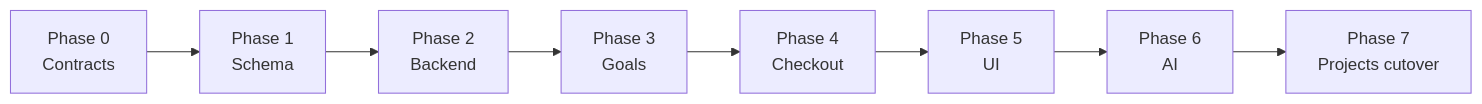
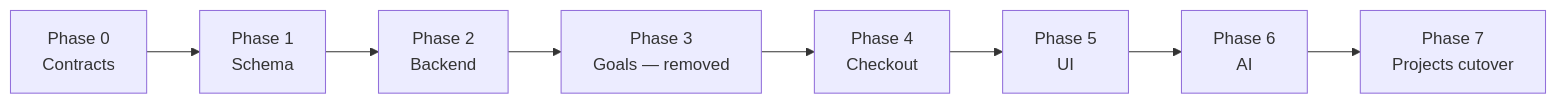
One commit to engenty/engenty changed the diagram in modules/tasks/dev/PLAN.md. Above: the diagram before and after it, drawn with Mermaid. The commit also changed other lines of this file and 3361 other files, not shown here.

````diff
--- a/modules/tasks/dev/PLAN.md
+++ b/modules/tasks/dev/PLAN.md
@@ -48,10 +53,10 @@
 ```mermaid
 flowchart LR
   P0[Phase 0<br/>Contracts] --> P1[Phase 1<br/>Schema]
   P1 --> P2[Phase 2<br/>Backend]
-  P2 --> P3[Phase 3<br/>Goals]
+  P2 --> P3[Phase 3<br/>Goals — removed]
   P3 --> P4[Phase 4<br/>Checkout]
   P4 --> P5[Phase 5<br/>UI]
   P5 --> P6[Phase 6<br/>AI]
   P6 --> P7[Phase 7<br/>Projects cutover]
 ```
````
